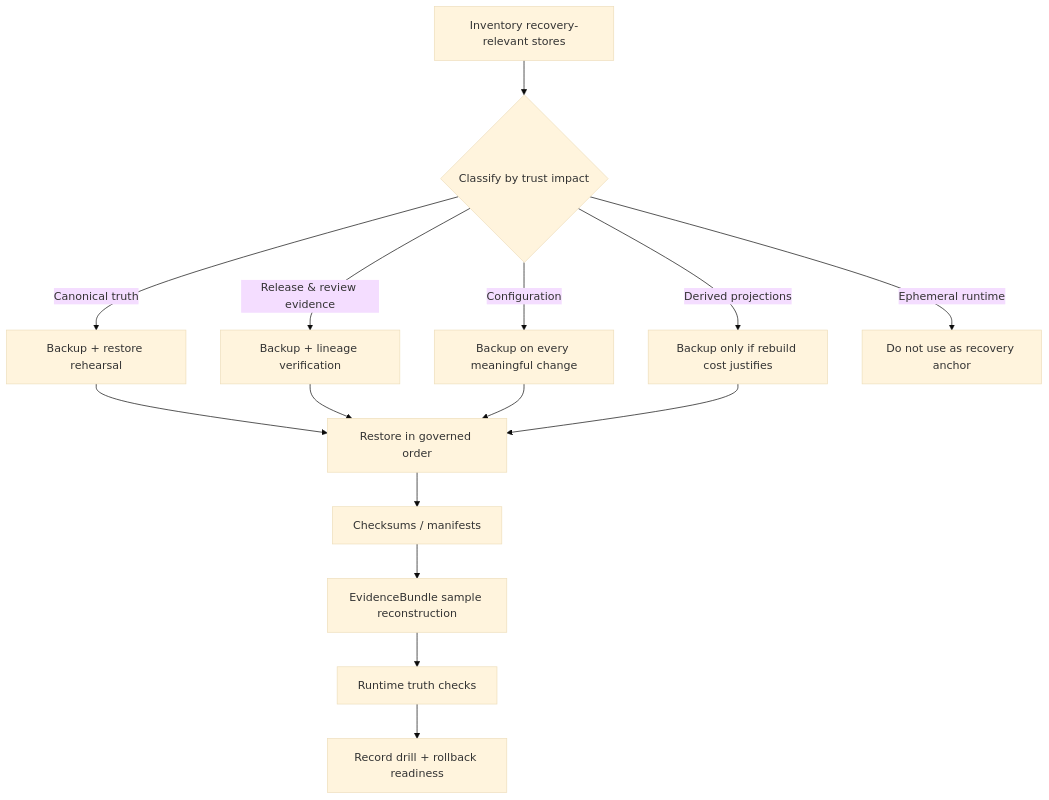
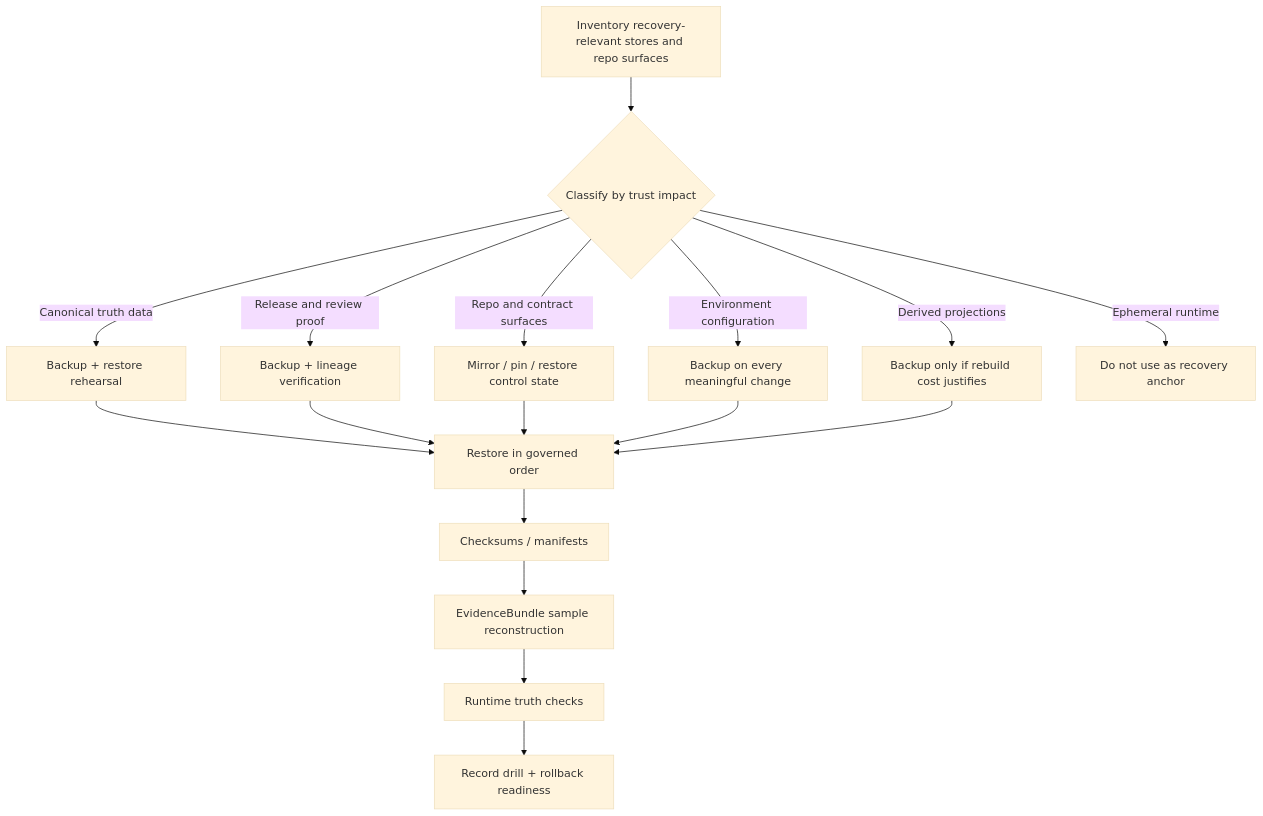
Before and after one commit to bartytime4life/Kansas-Frontier-Matrix: the diagram in infra/backup/README.md, drawn with Mermaid (base theme). The commit also changed other lines of this file, not shown here.

First line of the commit message:
Revise README for backup and recovery documentation

````diff
--- a/infra/backup/README.md
+++ b/infra/backup/README.md
@@ -163,19 +223,22 @@
 ```mermaid
 flowchart TD
-    A[Inventory recovery-relevant stores] --> B{Classify by trust impact}
-    B -->|Canonical truth| C[Backup + restore rehearsal]
-    B -->|Release & review evidence| D[Backup + lineage verification]
-    B -->|Configuration| E[Backup on every meaningful change]
-    B -->|Derived projections| F[Backup only if rebuild cost justifies]
-    B -->|Ephemeral runtime| G[Do not use as recovery anchor]
+    A[Inventory recovery-relevant stores and repo surfaces] --> B{Classify by trust impact}
 
-    C --> H[Restore in governed order]
-    D --> H
-    E --> H
-    F --> H
+    B -->|Canonical truth data| C[Backup + restore rehearsal]
+    B -->|Release and review proof| D[Backup + lineage verification]
+    B -->|Repo and contract surfaces| E[Mirror / pin / restore control state]
+    B -->|Environment configuration| F[Backup on every meaningful change]
+    B -->|Derived projections| G[Backup only if rebuild cost justifies]
+    B -->|Ephemeral runtime| H[Do not use as recovery anchor]
 
-    H --> I[Checksums / manifests]
-    I --> J[EvidenceBundle sample reconstruction]
-    J --> K[Runtime truth checks]
-    K --> L[Record drill + rollback readiness]
+    C --> I[Restore in governed order]
+    D --> I
+    E --> I
+    F --> I
+    G --> I
+
+    I --> J[Checksums / manifests]
+    J --> K[EvidenceBundle sample reconstruction]
+    K --> L[Runtime truth checks]
+    L --> M[Record drill + rollback readiness]
 ```
````
